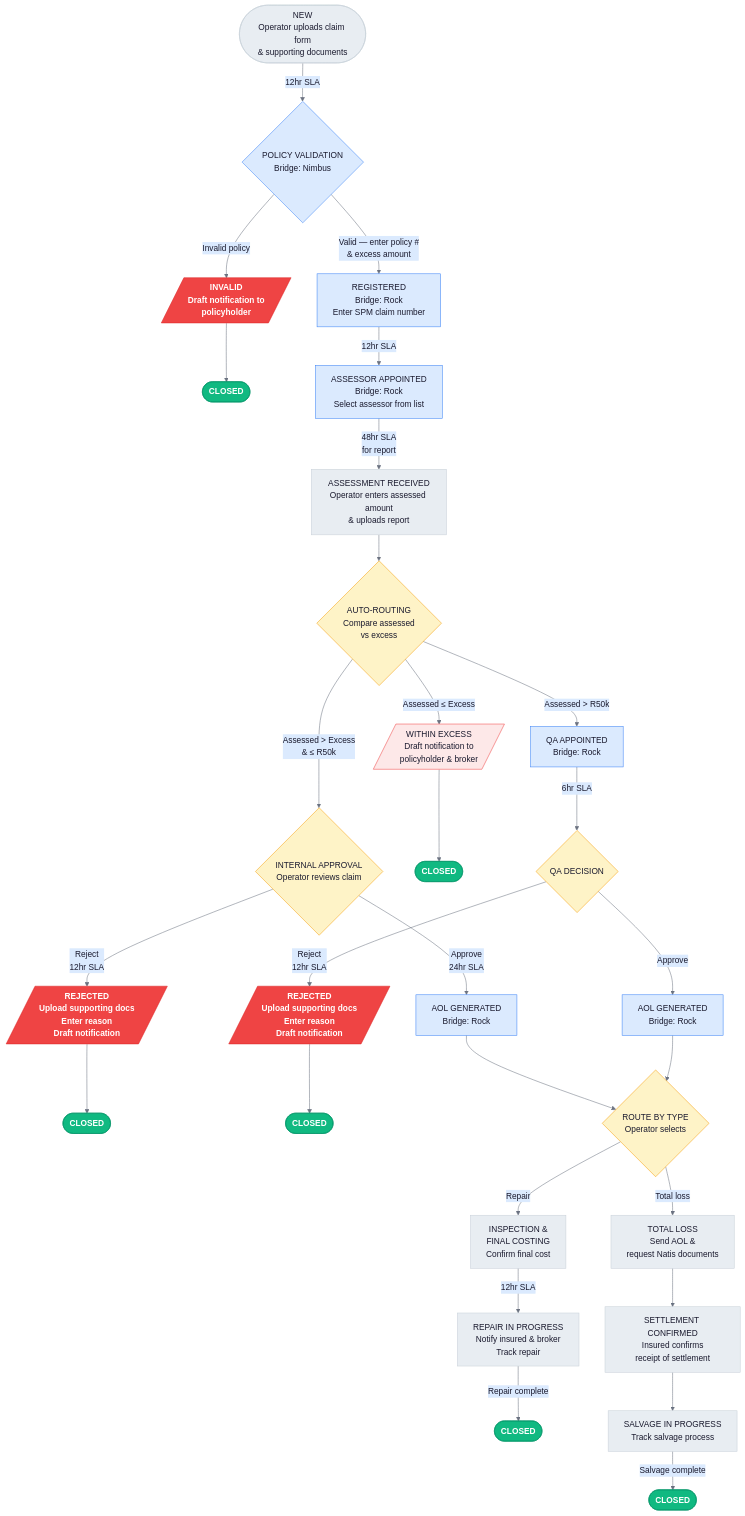
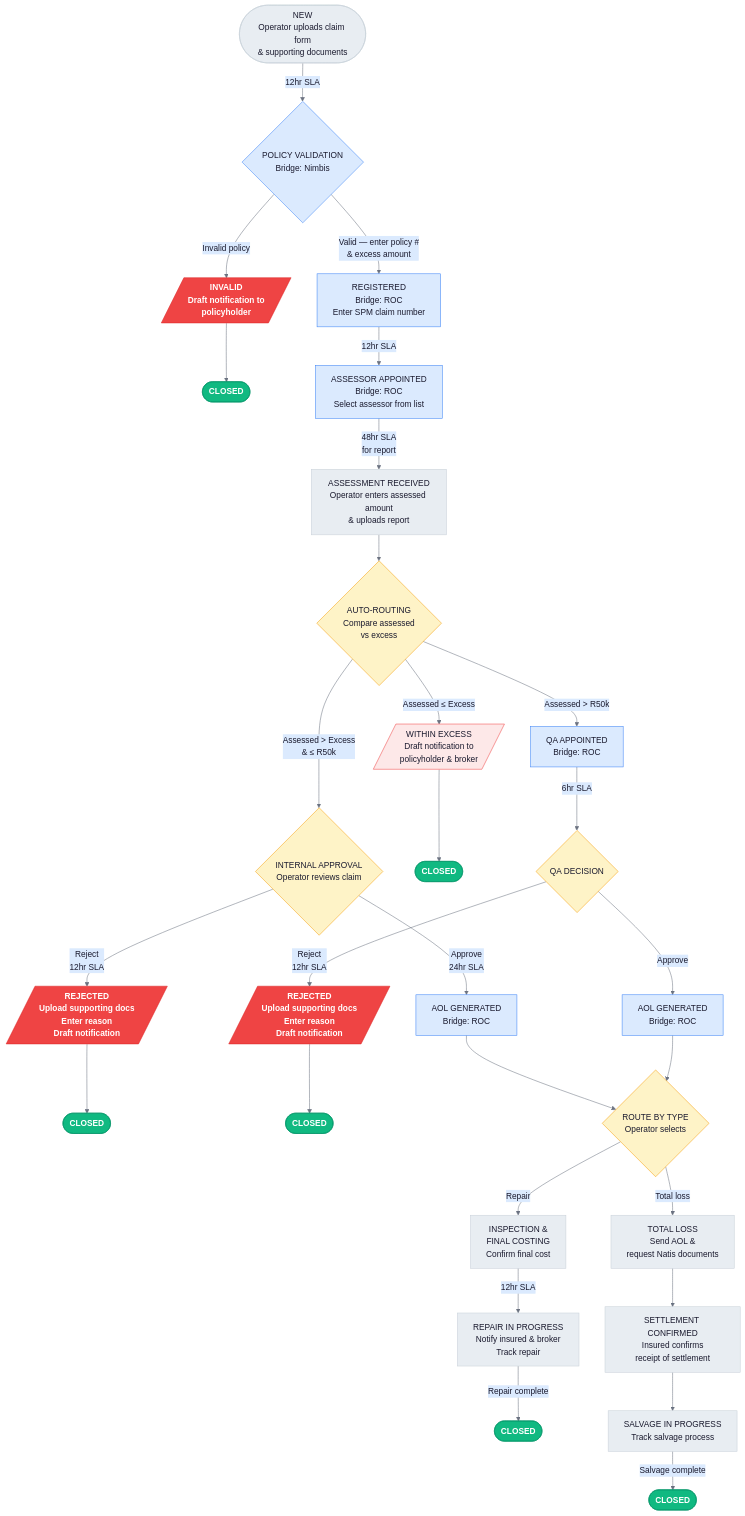
One commit to Fr3nn3r/rtu-demo changed the first of 3 diagrams in docs/RTUSA-POC-V2.md. Above: the diagram before and after it, drawn with Mermaid. The commit also changed other lines of this file, not shown here.

```diff
--- a/docs/RTUSA-POC-V2.md
+++ b/docs/RTUSA-POC-V2.md
@@ -265,17 +275,17 @@
     NEW([NEW<br/>Operator uploads claim form<br/>& supporting documents])
     NEW -->|"12hr SLA"| PV
 
-    PV{POLICY VALIDATION<br/>Bridge: Nimbus}
+    PV{POLICY VALIDATION<br/>Bridge: Nimbis}
     PV -->|"Invalid policy"| INVALID
     PV -->|"Valid — enter policy #<br/>& excess amount"| REG
 
     INVALID[/"INVALID<br/>Draft notification to<br/>policyholder"/]
     INVALID --> CLOSED_INV
 
-    REG[REGISTERED<br/>Bridge: Rock<br/>Enter SPM claim number]
+    REG[REGISTERED<br/>Bridge: ROC<br/>Enter SPM claim number]
     REG -->|"12hr SLA"| ASSESS_APPT
 
-    ASSESS_APPT[ASSESSOR APPOINTED<br/>Bridge: Rock<br/>Select assessor from list]
+    ASSESS_APPT[ASSESSOR APPOINTED<br/>Bridge: ROC<br/>Select assessor from list]
     ASSESS_APPT -->|"48hr SLA<br/>for report"| ASSESS_RCV
 
     ASSESS_RCV[ASSESSMENT RECEIVED<br/>Operator enters assessed amount<br/>& uploads report]
@@ -297,7 +307,7 @@
     REJ_INT[/"REJECTED<br/>Upload supporting docs<br/>Enter reason<br/>Draft notification"/]
     REJ_INT --> CLOSED_REJ1
 
-    QA[QA APPOINTED<br/>Bridge: Rock]
+    QA[QA APPOINTED<br/>Bridge: ROC]
     QA -->|"6hr SLA"| QA_DEC
 
     QA_DEC{QA DECISION}
@@ -307,8 +317,8 @@
     REJ_QA[/"REJECTED<br/>Upload supporting docs<br/>Enter reason<br/>Draft notification"/]
     REJ_QA --> CLOSED_REJ2
 
-    AOL1[AOL GENERATED<br/>Bridge: Rock]
-    AOL2[AOL GENERATED<br/>Bridge: Rock]
+    AOL1[AOL GENERATED<br/>Bridge: ROC]
+    AOL2[AOL GENERATED<br/>Bridge: ROC]
     AOL1 --> ROUTE_TYPE
     AOL2 --> ROUTE_TYPE
 
```
